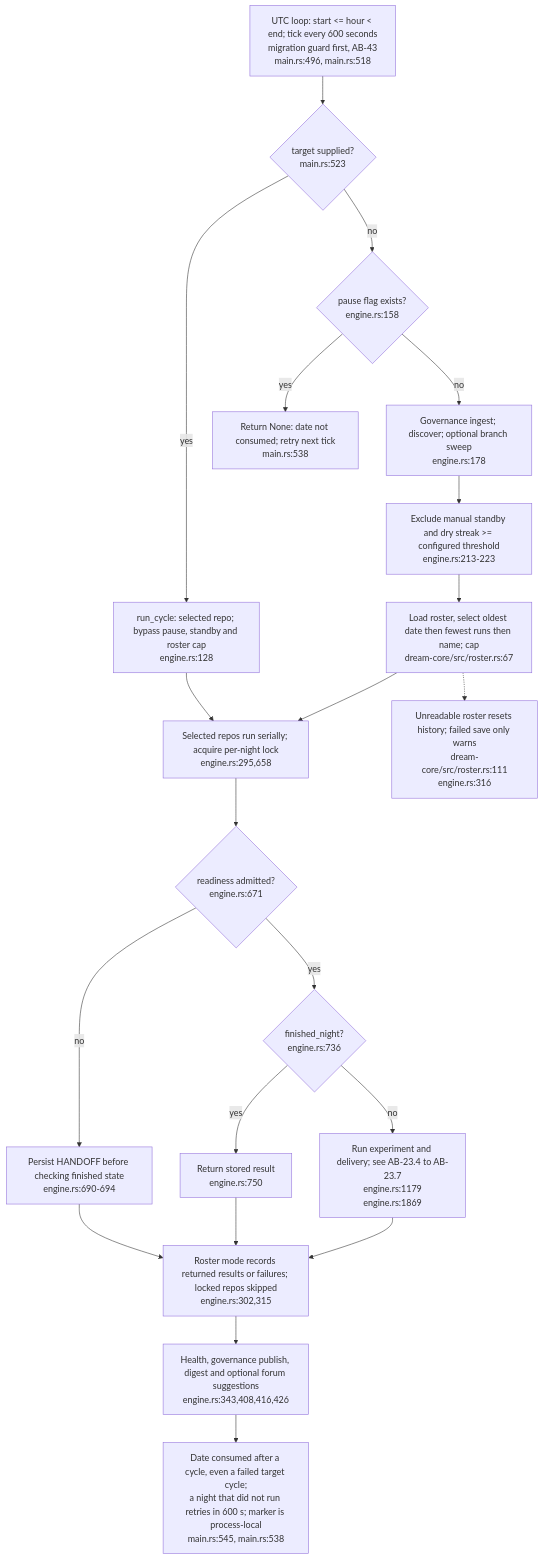
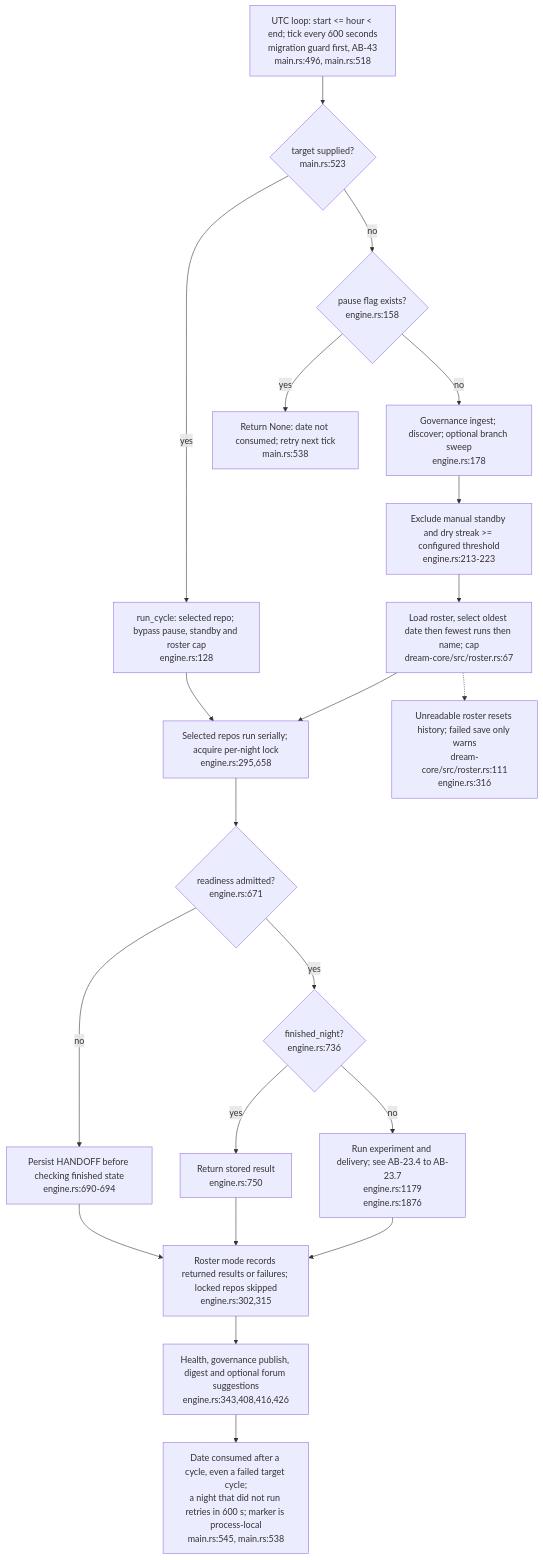
The second of 14 diagrams in docs/diagrams/agentbox/23-dream-engine.md (DreamLab-AI/VisionFlow), drawn with Mermaid before and after one commit. The commit also changed other lines of this file and 6 other files, not shown here.

First line of the commit message:
docs(diagrams): agentbox pass B at agentbox 1ea5494 (PRs #52, #53)

````diff
--- a/docs/diagrams/agentbox/23-dream-engine.md
+++ b/docs/diagrams/agentbox/23-dream-engine.md
@@ -143,25 +143,25 @@
 ```mermaid
 flowchart TB
     LOOP["UTC loop: start <= hour < end; tick every 600 seconds<br/>migration guard first, AB-43<br/>main.rs:496, main.rs:518"]
     TARGET{"target supplied?<br/>main.rs:523"}
     LOOP --> TARGET
     TARGET -->|yes| SINGLE["run_cycle: selected repo; bypass pause, standby and roster cap<br/>engine.rs:128"]
     TARGET -->|no| PAUSE{"pause flag exists?<br/>engine.rs:158"}
     PAUSE -->|yes| RETRY["Return None: date not consumed; retry next tick<br/>main.rs:538"]
     PAUSE -->|no| NIGHT["Governance ingest; discover; optional branch sweep<br/>engine.rs:178"]
     NIGHT --> FILTER["Exclude manual standby and dry streak >= configured threshold<br/>engine.rs:213-223"]
     FILTER --> ROS["Load roster, select oldest date then fewest runs then name; cap<br/>dream-core/src/roster.rs:67"]
     ROS --> LOCK["Selected repos run serially; acquire per-night lock<br/>engine.rs:295,658"]
     SINGLE --> LOCK
     LOCK --> READY{"readiness admitted?<br/>engine.rs:671"}
     READY -->|no| HAND["Persist HANDOFF before checking finished state<br/>engine.rs:690-694"]
     READY -->|yes| DONE{"finished_night?<br/>engine.rs:736"}
     DONE -->|yes| OLD["Return stored result<br/>engine.rs:750"]
-    DONE -->|no| CYCLE["Run experiment and delivery; see AB-23.4 to AB-23.7<br/>engine.rs:1179<br/>engine.rs:1869"]
+    DONE -->|no| CYCLE["Run experiment and delivery; see AB-23.4 to AB-23.7<br/>engine.rs:1179<br/>engine.rs:1876"]
     HAND --> RECORD["Roster mode records returned results or failures; locked repos skipped<br/>engine.rs:302,315"]
     OLD --> RECORD
     CYCLE --> RECORD
     RECORD --> HEALTH["Health, governance publish, digest and optional forum suggestions<br/>engine.rs:343,408,416,426"]
     HEALTH --> DATE["Date consumed after a cycle, even a failed target cycle;<br/>a night that did not run retries in 600 s; marker is process-local<br/>main.rs:545, main.rs:538"]
     ROS -.-> LOSS["Unreadable roster resets history; failed save only warns<br/>dream-core/src/roster.rs:111<br/>engine.rs:316"]
 ```
````
